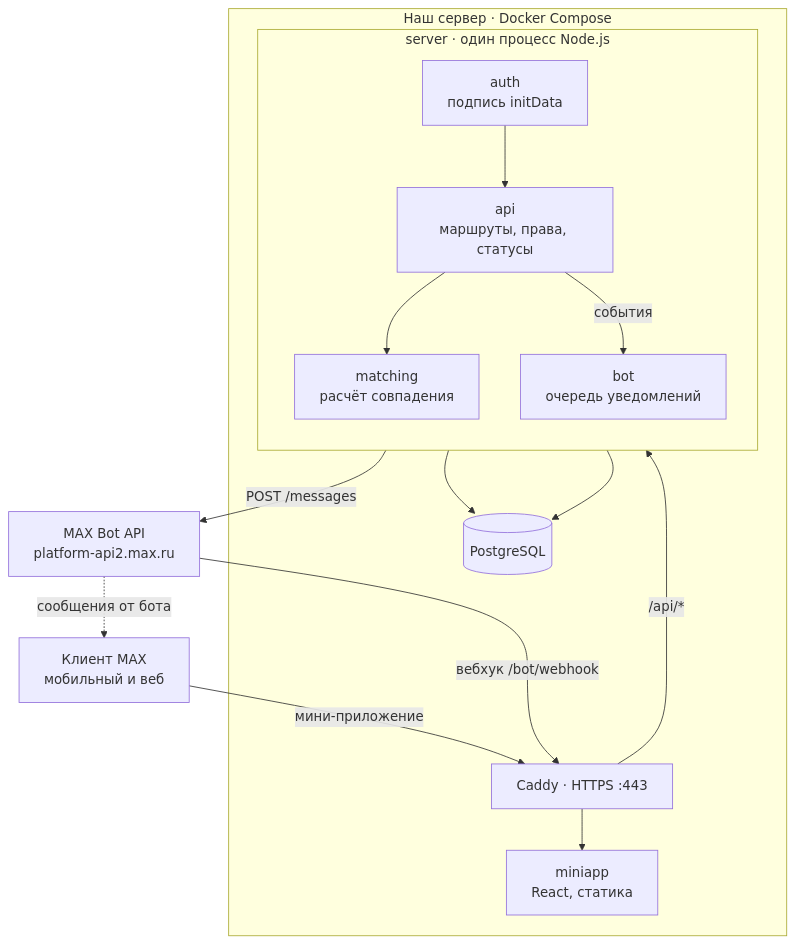
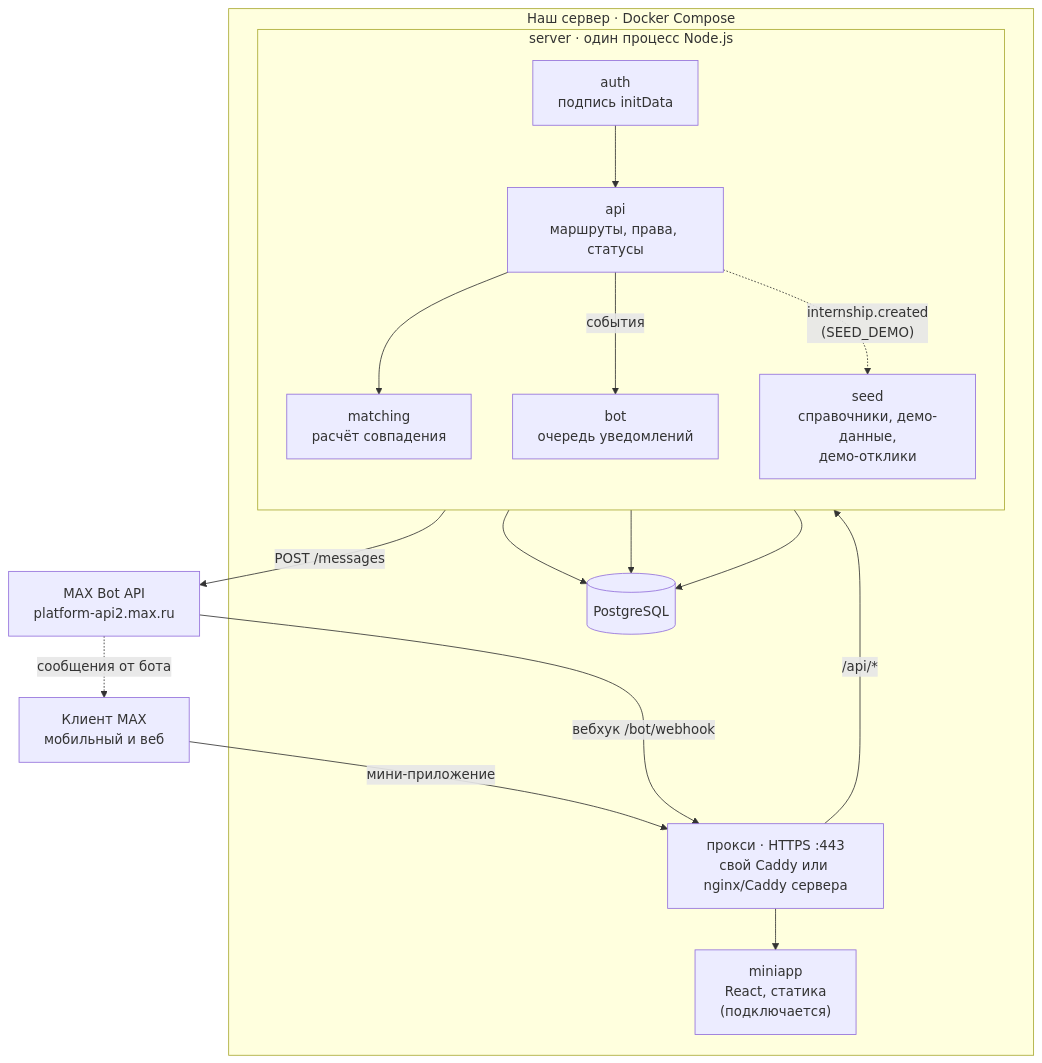
Before and after one commit to cyxar4uk/max-effective-business: the first of 4 diagrams in docs/architecture.md, drawn with Mermaid. The commit also changed other lines of this file and 6 other files, not shown here.

Commit message:
Сверить README и документацию с кодом: локальный бот, MINIAPP_URL, режим за прокси, схемы, контракт

````diff
--- a/docs/architecture.md
+++ b/docs/architecture.md
@@ -8,29 +8,32 @@
 ```mermaid
 flowchart TB
   client["Клиент MAX<br/>мобильный и веб"]
   botapi["MAX Bot API<br/>platform-api2.max.ru"]
 
   subgraph VPS["Наш сервер · Docker Compose"]
-    caddy["Caddy · HTTPS :443"]
-    miniapp["miniapp<br/>React, статика"]
+    caddy["прокси · HTTPS :443<br/>свой Caddy или nginx/Caddy сервера"]
+    miniapp["miniapp<br/>React, статика<br/>(подключается)"]
     subgraph server["server · один процесс Node.js"]
       direction TB
       auth["auth<br/>подпись initData"]
       api["api<br/>маршруты, права, статусы"]
       matching["matching<br/>расчёт совпадения"]
       bot["bot<br/>очередь уведомлений"]
+      seed["seed<br/>справочники, демо-данные,<br/>демо-отклики"]
     end
     db[("PostgreSQL")]
   end
 
   client -->|"мини-приложение"| caddy
   caddy --> miniapp
   caddy -->|"/api/*"| auth --> api
   api --> matching
   api -->|"события"| bot
+  api -.->|"internship.created<br/>(SEED_DEMO)"| seed
   api --> db
   bot --> db
+  seed --> db
   bot -->|"POST /messages"| botapi
   botapi -->|"вебхук /bot/webhook"| caddy
   botapi -.->|"сообщения от бота"| client
 ```
````
